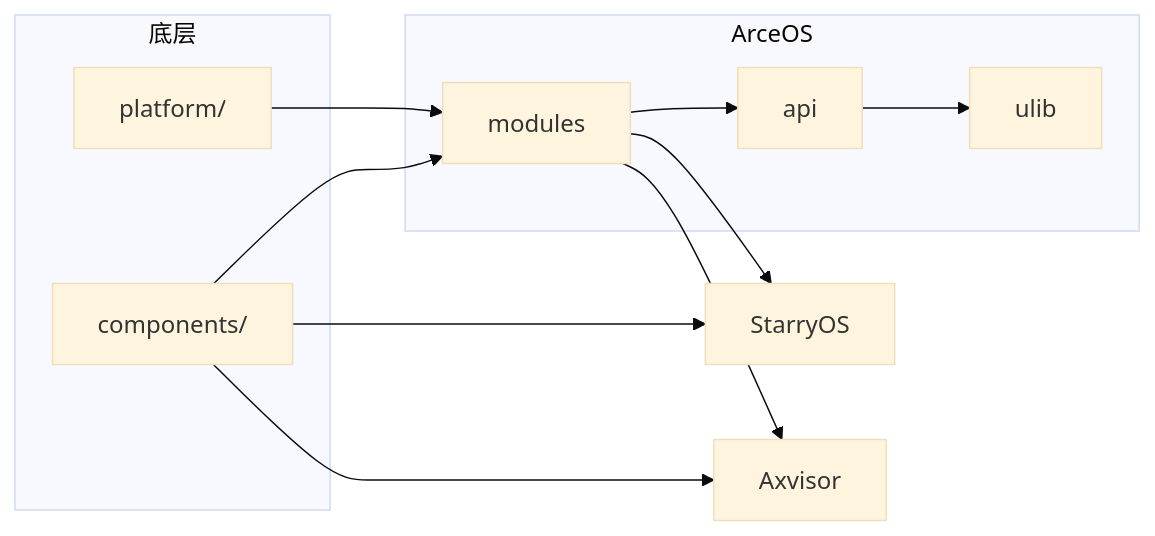
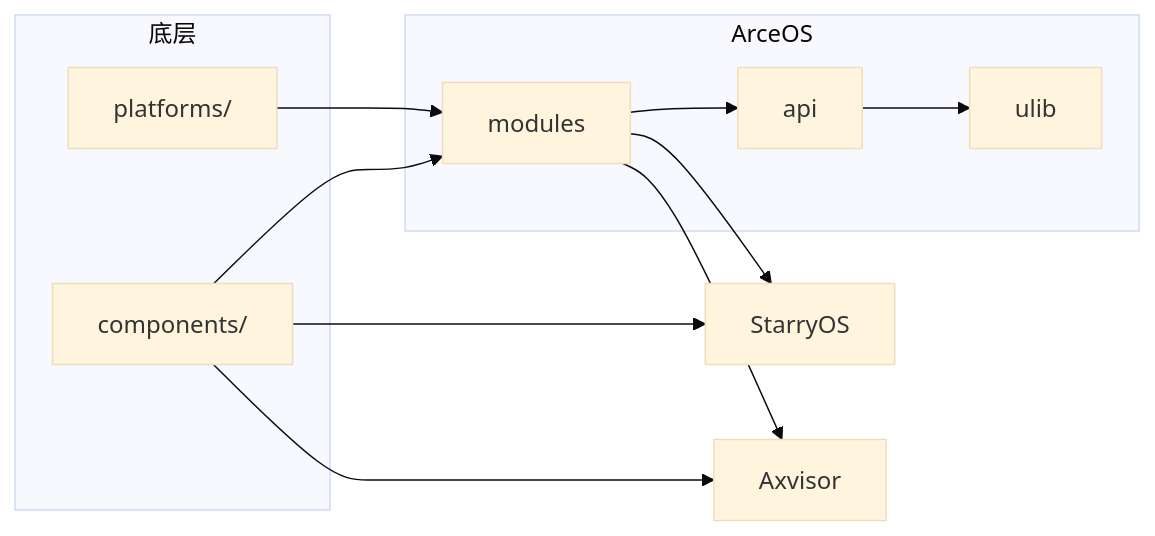
The second of 2 diagrams in docs/docs/architecture/overview.md (rcore-os/tgoskits), drawn with Mermaid (base theme) before and after one commit. The commit also changed other lines of this file and 343 other files, not shown here.

First line of the commit message:
Implement platform-specific IRQ handling and architecture setup (#979)

````diff
--- a/docs/docs/architecture/overview.md
+++ b/docs/docs/architecture/overview.md
@@ -128,23 +128,23 @@
 ```mermaid
 flowchart LR
     subgraph 底层
-        P["platform/"]
+        P["platforms/"]
         C["components/"]
     end
     subgraph ArceOS
         M["modules"]
         A["api"]
         U["ulib"]
     end
     S["StarryOS"]
     X["Axvisor"]
 
     P --> M
     C --> M
     C --> S
     C --> X
     M --> A
     A --> U
     M --> S
     M --> X
 ```
````
